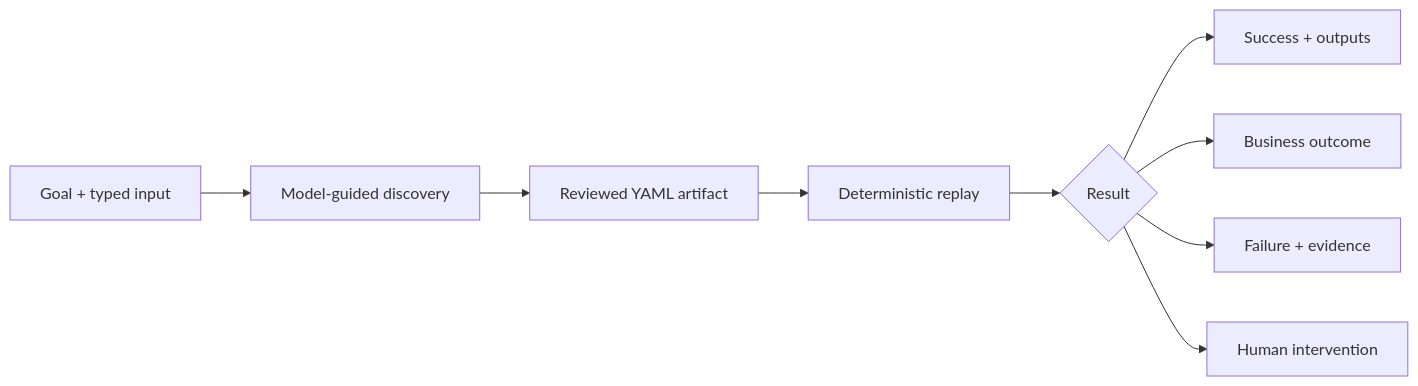
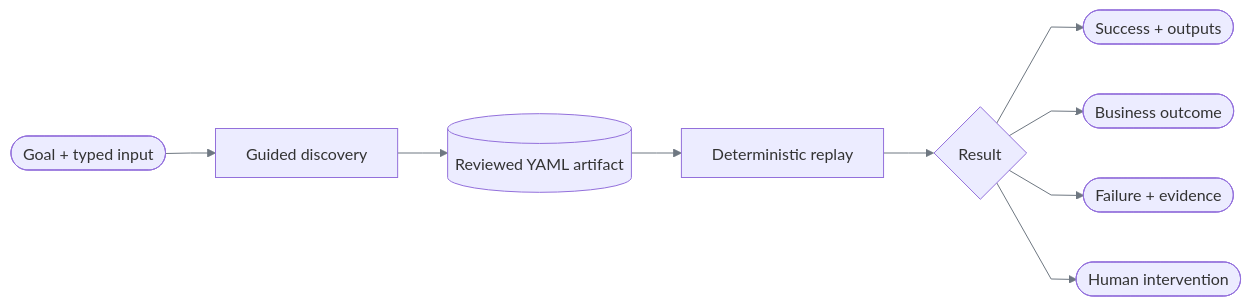
The diagram in docs/README.md (SivaTSS/replay-forge), drawn with Mermaid before and after one commit. The commit also changed other lines of this file and 7 other files, not shown here.

Commit message:
docs: standardize Mermaid diagrams

````diff
--- a/docs/README.md
+++ b/docs/README.md
@@ -5,11 +5,12 @@
 ```mermaid
+%%{init: {"htmlLabels":false,"themeVariables":{"lineColor":"#6E7781","signalColor":"#6E7781"},"flowchart":{"curve":"linear"},"sequence":{"wrap":true}}}%%
 flowchart LR
-    G[Goal + typed input] --> D[Model-guided discovery]
-    D --> A[Reviewed YAML artifact]
+    G([Goal + typed input]) --> D[Guided discovery]
+    D --> A[(Reviewed YAML artifact)]
     A --> R[Deterministic replay]
     R --> X{Result}
-    X --> S[Success + outputs]
-    X --> B[Business outcome]
-    X --> F[Failure + evidence]
-    X --> H[Human intervention]
+    X --> S([Success + outputs])
+    X --> B([Business outcome])
+    X --> F([Failure + evidence])
+    X --> H([Human intervention])
 ```
````
